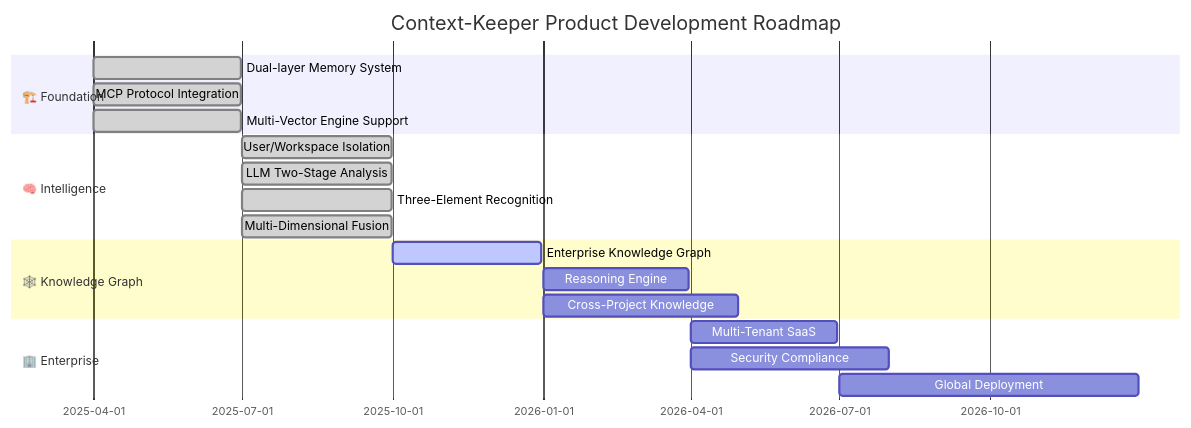
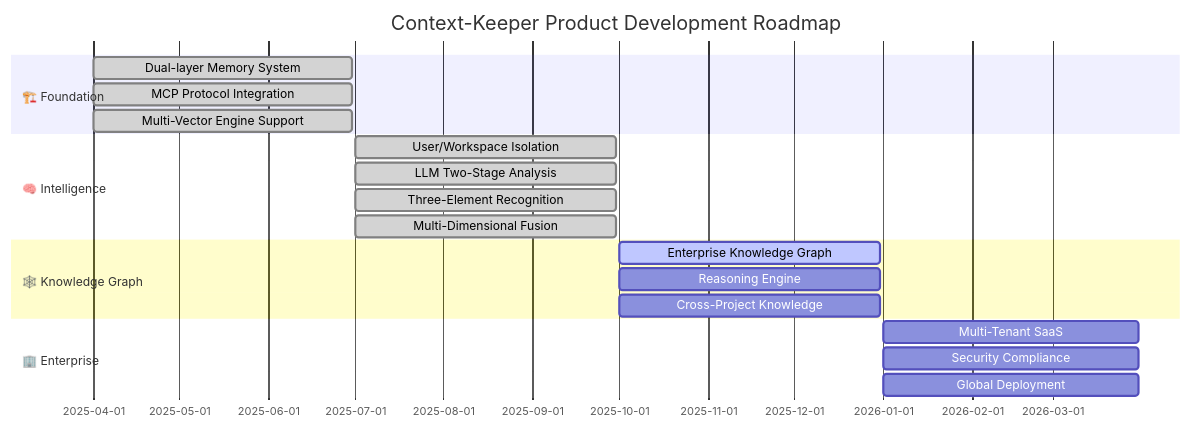
The fourth of 5 diagrams in README-EN.md (redleaves/context-keeper), drawn with Mermaid before and after one commit. The commit also changed other lines of this file and 1 other file, not shown here.

````diff
--- a/README-EN.md
+++ b/README-EN.md
@@ -765,25 +916,25 @@
 ```mermaid
 gantt
     title Context-Keeper Product Development Roadmap
     dateFormat  YYYY-MM-DD
     section 🏗️ Foundation
     Dual-layer Memory System    :done, basic1, 2025-04-01, 2025-06-30
     MCP Protocol Integration    :done, basic2, 2025-04-01, 2025-06-30
     Multi-Vector Engine Support :done, basic3, 2025-04-01, 2025-06-30
     
     section 🧠 Intelligence  
     User/Workspace Isolation    :done, brain0, 2025-07-01, 2025-09-30
     LLM Two-Stage Analysis      :done, brain1, 2025-07-01, 2025-09-30
     Three-Element Recognition   :done, brain2, 2025-07-01, 2025-09-30
     Multi-Dimensional Fusion   :done, brain3, 2025-07-01, 2025-09-30
     
     section 🕸️ Knowledge Graph
     Enterprise Knowledge Graph  :active, kg1, 2025-10-01, 2025-12-31
-    Reasoning Engine           :kg2, 2026-01-01, 2026-03-31
-    Cross-Project Knowledge    :kg3, 2026-01-01, 2026-04-30
+    Reasoning Engine           :kg2, 2025-10-01, 2025-12-31
+    Cross-Project Knowledge    :kg3, 2025-10-01, 2025-12-31
     
     section 🏢 Enterprise
-    Multi-Tenant SaaS          :enterprise1, 2026-04-01, 2026-06-30
-    Security Compliance        :enterprise2, 2026-04-01, 2026-07-31
-    Global Deployment          :enterprise3, 2026-07-01, 2026-12-31
+    Multi-Tenant SaaS          :enterprise1, 2026-01-01, 2026-03-31
+    Security Compliance        :enterprise2, 2026-01-01, 2026-03-31
+    Global Deployment          :enterprise3, 2026-01-01, 2026-03-31
 ```
````
